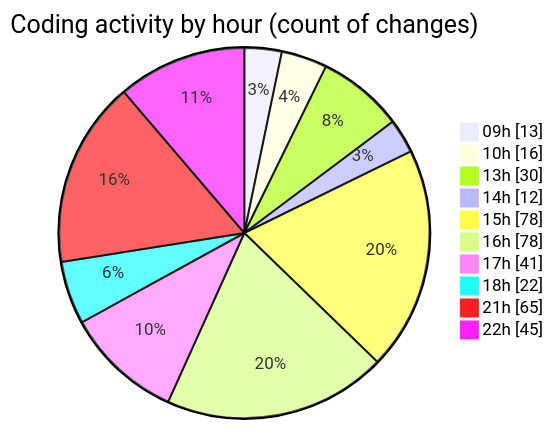
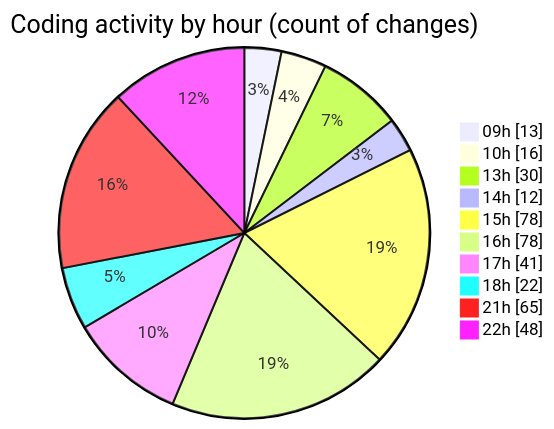
Before and after one commit to momahboobian/code-tracking: the second of 2 diagrams in 2025-03-31/cda/README.md, drawn with Mermaid. The commit also changed other lines of this file and 1 other file, not shown here.

````diff
--- a/2025-03-31/cda/README.md
+++ b/2025-03-31/cda/README.md
@@ -50,14 +50,14 @@
 ```mermaid
 pie showData
 title Coding activity by hour (count of changes)
 "09h" : 13
 "10h" : 16
 "13h" : 30
 "14h" : 12
 "15h" : 78
 "16h" : 78
 "17h" : 41
 "18h" : 22
 "21h" : 65
-"22h" : 45
+"22h" : 48
 ```
````
